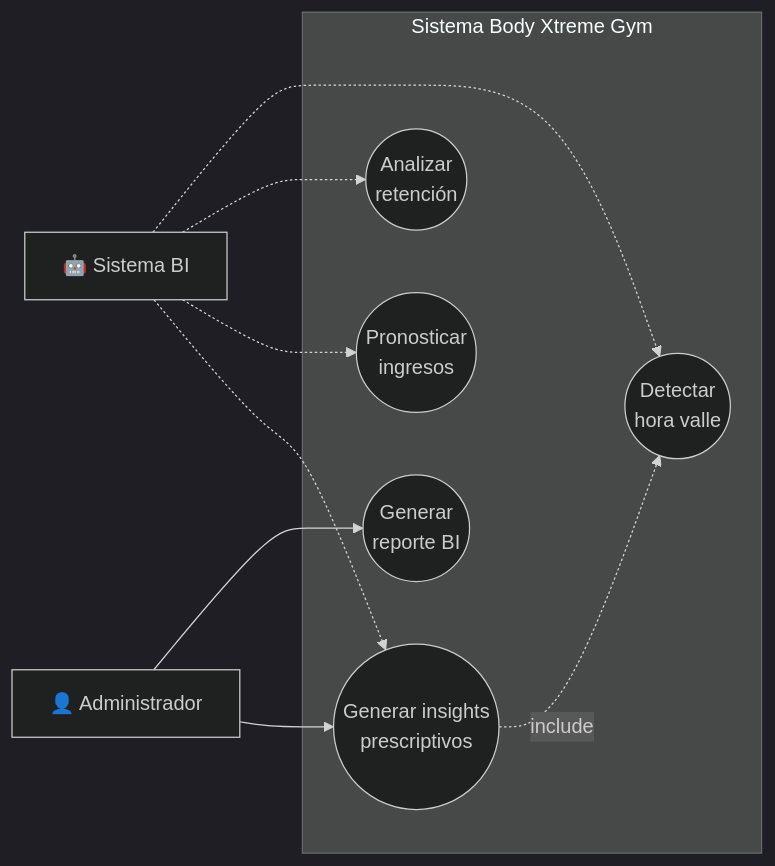
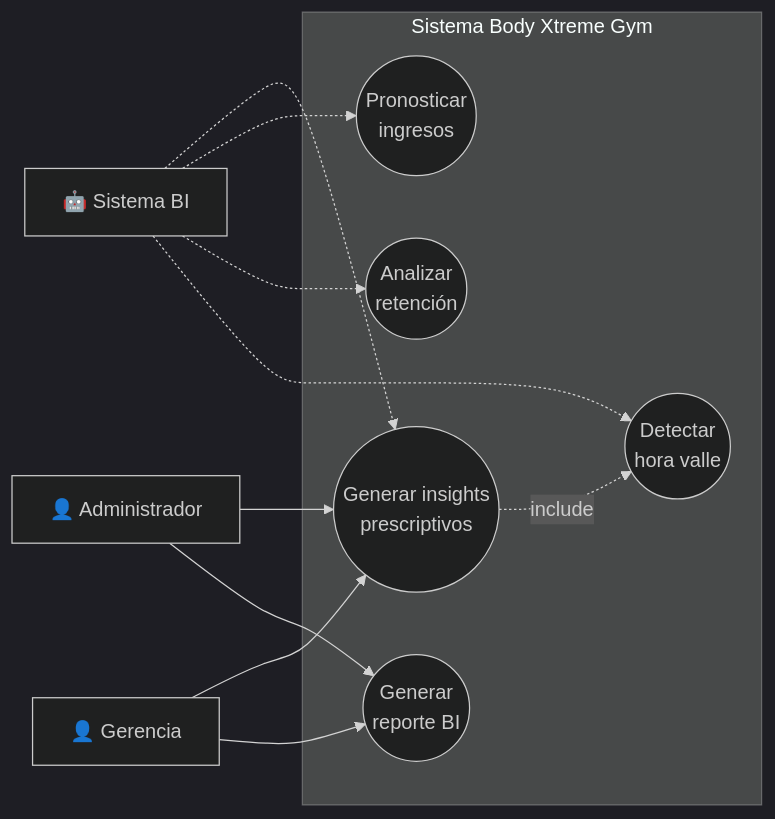
The seventh of 36 diagrams in DIAGRAMAS_TESIS.md (Tmine23/gym-core-system), drawn with Mermaid (dark theme) before and after one commit. The commit also changed other lines of this file, not shown here.

First line of the commit message:
docs: Completar documentación de tesis con todos los diagramas UML

````diff
--- a/DIAGRAMAS_TESIS.md
+++ b/DIAGRAMAS_TESIS.md
@@ -208,23 +205,26 @@
 ```mermaid
 flowchart LR
     Admin[👤 Administrador]
+    Gerencia[👤 Gerencia]
     SistemaBI[🤖 Sistema BI]
     
     subgraph Sistema["Sistema Body Xtreme Gym"]
         UC28((Generar insights<br/>prescriptivos))
         UC29((Pronosticar<br/>ingresos))
         UC30((Analizar<br/>retención))
         UC31((Detectar<br/>hora valle))
         UC32((Generar<br/>reporte BI))
     end
     
     Admin --> UC28
     Admin --> UC32
+    Gerencia --> UC28
+    Gerencia --> UC32
     
     SistemaBI -.-> UC28
     SistemaBI -.-> UC29
     SistemaBI -.-> UC30
     SistemaBI -.-> UC31
     
     UC28 -.->|include| UC31
 ```
````
